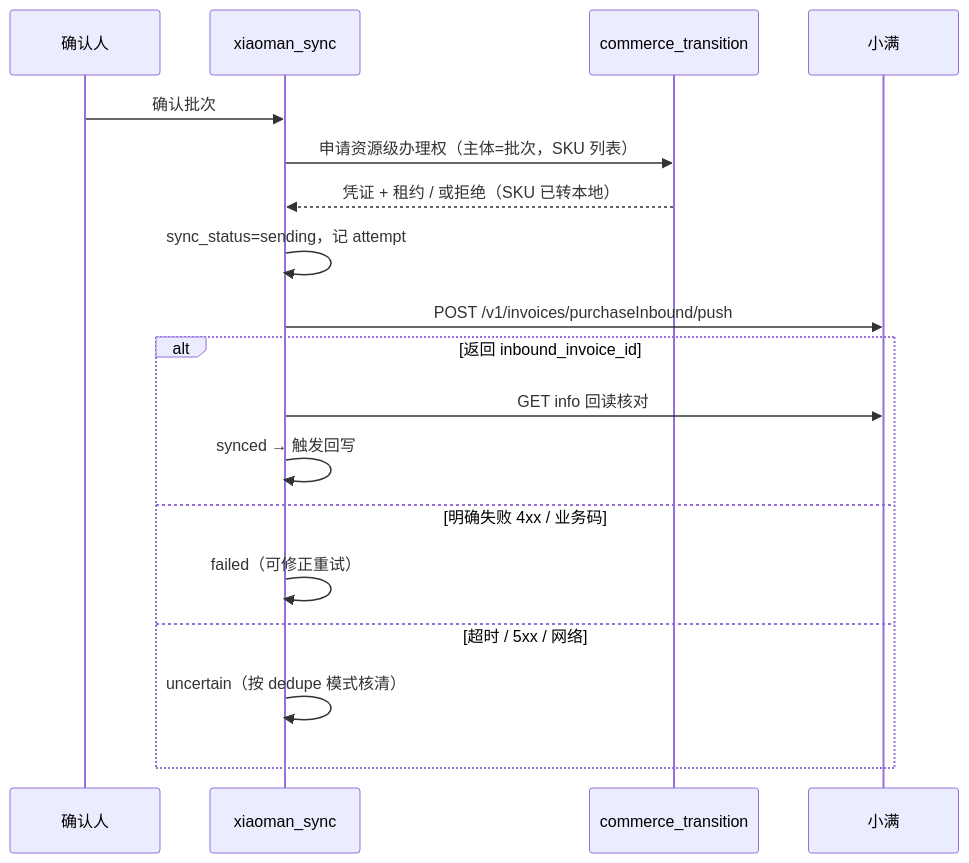
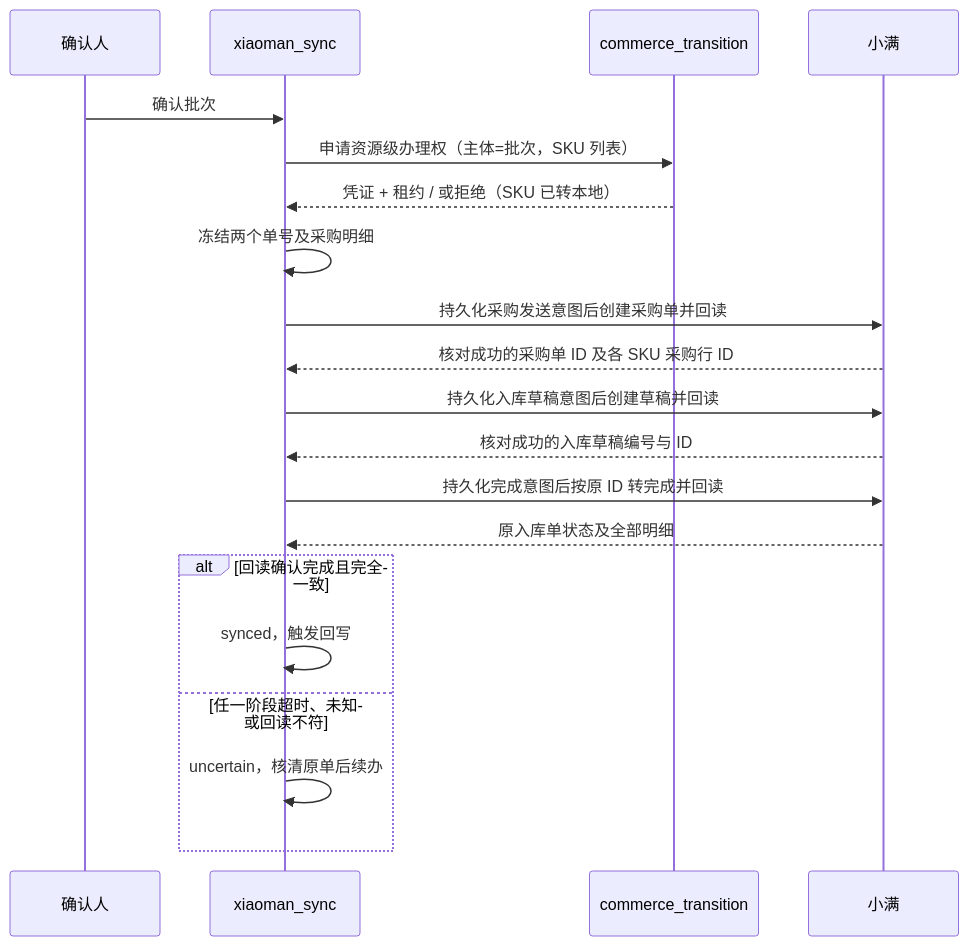
The third of 3 diagrams in docs/requirements/2026-11-18-factory-delivery-inbound/design.md (BE-MX/commission-system), drawn with Mermaid before and after one commit. The commit also changed other lines of this file and 90 other files, not shown here.

````diff
--- a/docs/requirements/2026-11-18-factory-delivery-inbound/design.md
+++ b/docs/requirements/2026-11-18-factory-delivery-inbound/design.md
@@ -456,20 +458,22 @@
 ```mermaid
 sequenceDiagram
     participant U as 确认人
     participant S as xiaoman_sync
     participant T as commerce_transition
     participant X as 小满
     U->>S: 确认批次
     S->>T: 申请资源级办理权（主体=批次，SKU 列表）
     T-->>S: 凭证 + 租约 / 或拒绝（SKU 已转本地）
-    S->>S: sync_status=sending，记 attempt
-    S->>X: POST /v1/invoices/purchaseInbound/push
-    alt 返回 inbound_invoice_id
-        S->>X: GET info 回读核对
-        S->>S: synced → 触发回写
-    else 明确失败 4xx / 业务码
-        S->>S: failed（可修正重试）
-    else 超时 / 5xx / 网络
-        S->>S: uncertain（按 dedupe 模式核清）
+    S->>S: 冻结两个单号及采购明细
+    S->>X: 持久化采购发送意图后创建采购单并回读
+    X-->>S: 核对成功的采购单 ID 及各 SKU 采购行 ID
+    S->>X: 持久化入库草稿意图后创建草稿并回读
+    X-->>S: 核对成功的入库草稿编号与 ID
+    S->>X: 持久化完成意图后按原 ID 转完成并回读
+    X-->>S: 原入库单状态及全部明细
+    alt 回读确认完成且完全一致
+        S->>S: synced，触发回写
+    else 任一阶段超时、未知或回读不符
+        S->>S: uncertain，核清原单后续办
     end
 ```
````
